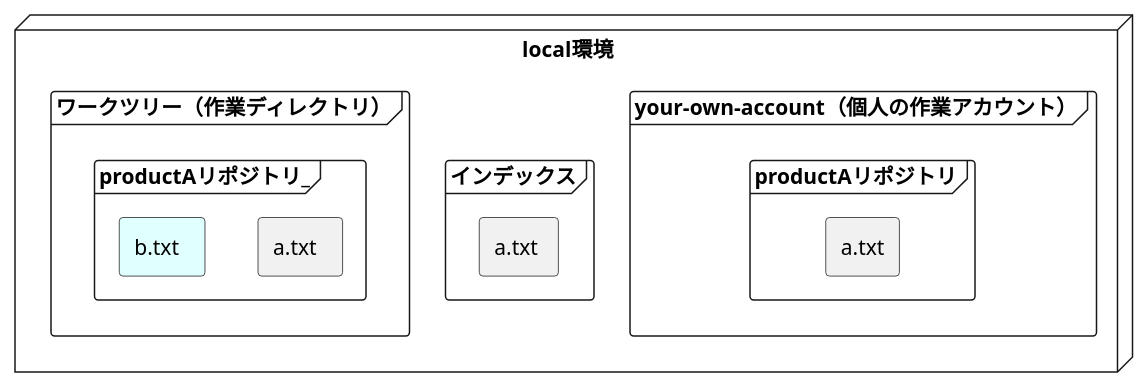
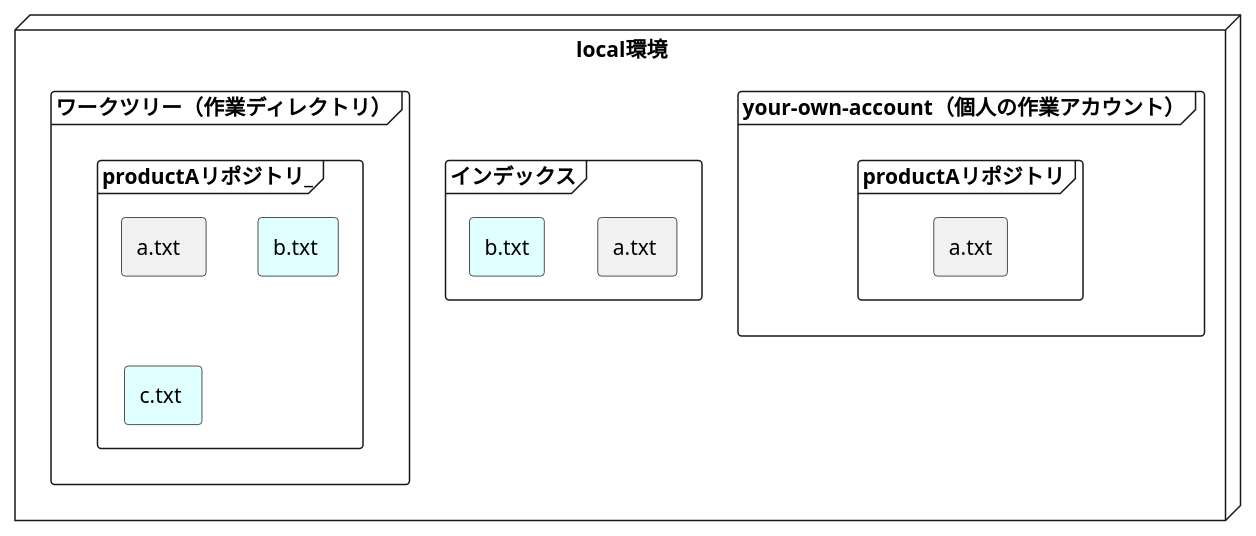
One commit to sky0621/try-plantuml changed the diagram in study_git/a.5.pu. Above: the diagram before and after it, drawn with PlantUML. The commit also changed 335 other files, not shown here.

```diff
--- a/study_git/a.5.pu
+++ b/study_git/a.5.pu
@@ -1,18 +1,20 @@
 @startuml
 node "local環境" {
   frame "your-own-account（個人の作業アカウント）" {
     frame "productAリポジトリ" {
       rectangle "a.txt"
     }
   }
   frame "インデックス" {
       rectangle "a.txt "
+      rectangle "b.txt" #LightCyan
   }
   frame "ワークツリー（作業ディレクトリ）" {
     frame "productAリポジトリ_" {
       rectangle "a.txt  "
-      rectangle "b.txt  " #LightCyan
+      rectangle "b.txt " #LightCyan
+      rectangle "c.txt " #LightCyan
     }
   }
 }
 @enduml
```
